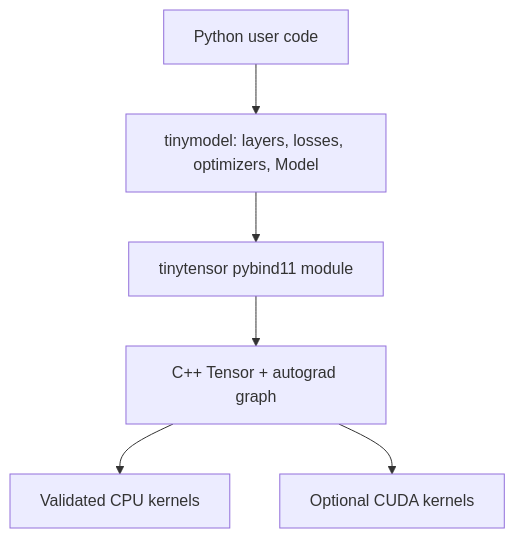
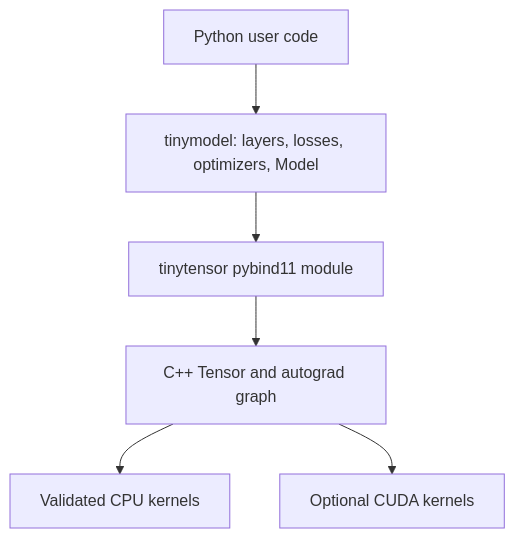
Before and after one commit to eloiraad/TinyMML: the diagram in README.md, drawn with Mermaid. The commit also changed other lines of this file and 7 other files, not shown here.

````diff
--- a/README.md
+++ b/README.md
@@ -91,8 +98,8 @@
 ```mermaid
 flowchart TD
     A["Python user code"] --> B["tinymodel: layers, losses, optimizers, Model"]
     B --> C["tinytensor pybind11 module"]
-    C --> D["C++ Tensor + autograd graph"]
+    C --> D["C++ Tensor and autograd graph"]
     D --> E["Validated CPU kernels"]
     D --> F["Optional CUDA kernels"]
 ```
````
